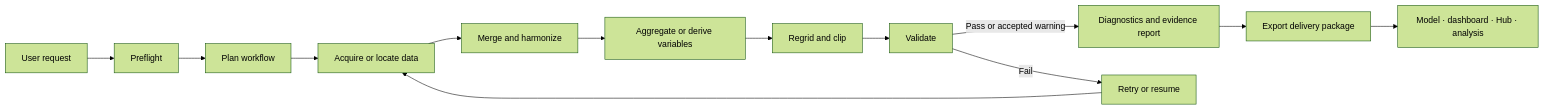
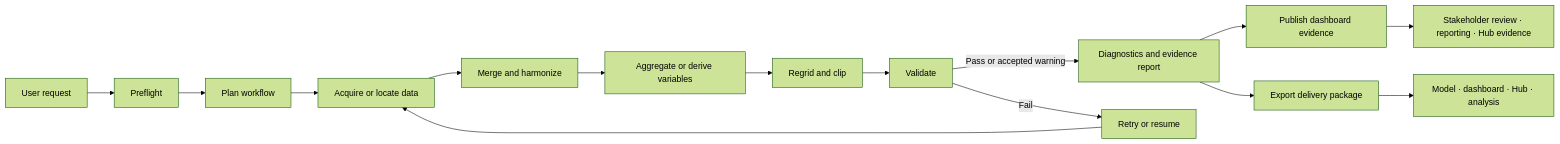
Before and after one commit to YonSci/climate-agent: the second of 3 diagrams in README.md, drawn with Mermaid (forest theme). The commit also changed other lines of this file, not shown here.

Commit message:
Add live dashboard to README

````diff
--- a/README.md
+++ b/README.md
@@ -218,15 +225,17 @@
 ```mermaid
 flowchart LR
     A[User request] --> B[Preflight]
     B --> C[Plan workflow]
     C --> D[Acquire or locate data]
     D --> E[Merge and harmonize]
     E --> F[Aggregate or derive variables]
     F --> G[Regrid and clip]
     G --> H[Validate]
     H -->|Pass or accepted warning| I[Diagnostics and evidence report]
     H -->|Fail| J[Retry or resume]
     J --> D
-    I --> K[Export delivery package]
-    K --> L[Model · dashboard · Hub · analysis]
+    I --> K[Publish dashboard evidence]
+    I --> L[Export delivery package]
+    K --> M[Stakeholder review · reporting · Hub evidence]
+    L --> N[Model · dashboard · Hub · analysis]
 ```
````
